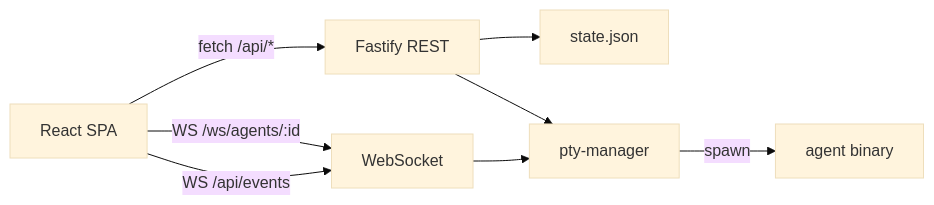
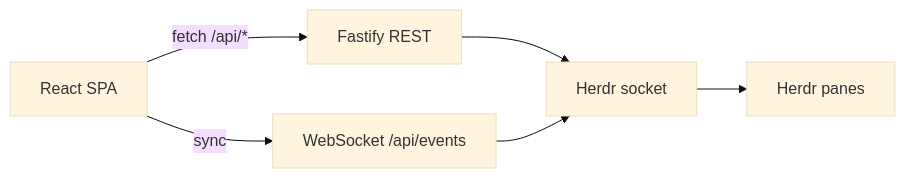
The diagram in docs/architecture.md (ricardojoaomestre/atoll), drawn with Mermaid (base theme) before and after one commit. The commit also changed other lines of this file and 48 other files, not shown here.

````diff
--- a/docs/architecture.md
+++ b/docs/architecture.md
@@ -5,17 +5,14 @@
 ```mermaid
 flowchart LR
   Browser[React SPA]
   REST[Fastify REST]
-  WS[WebSocket]
-  PTY[pty-manager]
-  AgentCLI[agent binary]
-  Disk[state.json]
+  WS["WebSocket /api/events"]
+  Herdr[Herdr socket]
+  Panes[Herdr panes]
 
   Browser -->|fetch /api/*| REST
-  Browser -->|WS /ws/agents/:id| WS
-  Browser -->|WS /api/events| WS
-  REST --> Disk
-  REST --> PTY
-  WS --> PTY
-  PTY -->|spawn| AgentCLI
+  Browser -->|sync| WS
+  REST --> Herdr
+  WS --> Herdr
+  Herdr --> Panes
 ```
````
